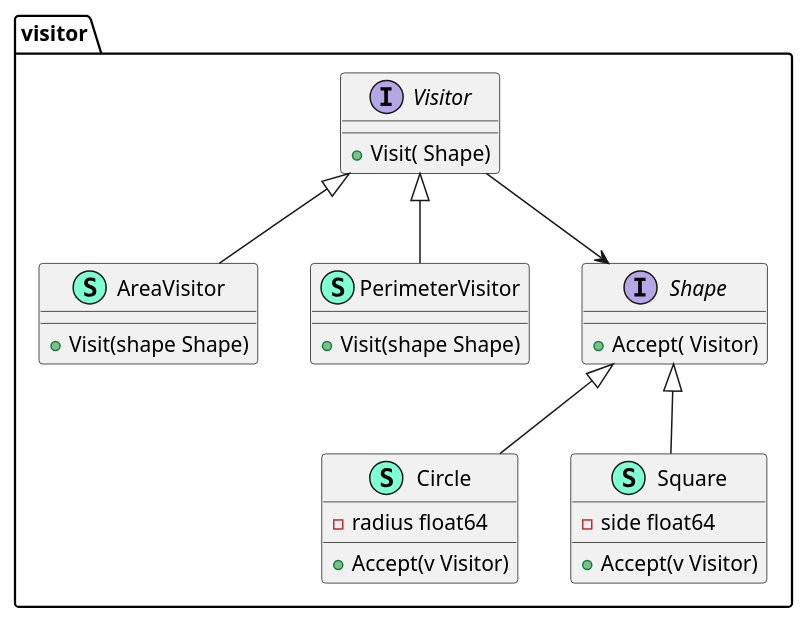
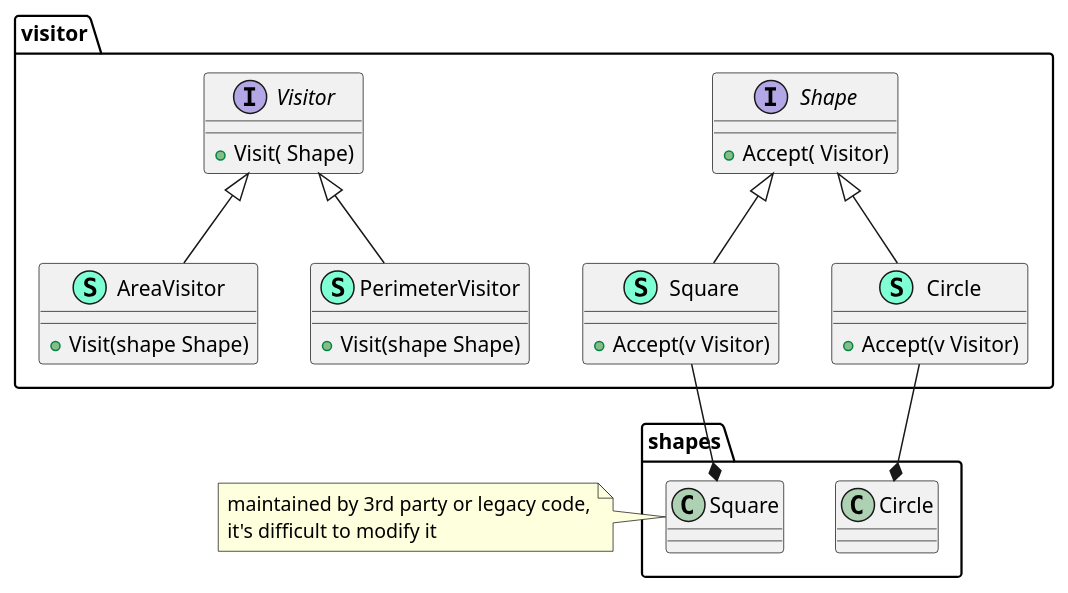
One commit to hitzhangjie/go-patterns changed the diagram in behavioral/10_visitor/file.puml. Above: the diagram before and after it, drawn with PlantUML. The commit also changed 5 other files, not shown here.

```diff
--- a/behavioral/10_visitor/file.puml
+++ b/behavioral/10_visitor/file.puml
@@ -1,39 +1,40 @@
 @startuml
 namespace visitor {
     class AreaVisitor << (S,Aquamarine) >> {
         + Visit(shape Shape) 
 
     }
     class Circle << (S,Aquamarine) >> {
-        - radius float64
-
         + Accept(v Visitor) 
 
     }
     class PerimeterVisitor << (S,Aquamarine) >> {
         + Visit(shape Shape) 
 
     }
     interface Shape  {
         + Accept( Visitor) 
 
     }
     class Square << (S,Aquamarine) >> {
-        - side float64
-
         + Accept(v Visitor) 
 
     }
     interface Visitor  {
         + Visit( Shape) 
 
     }
 }
 
+"shapes.Circle" *-up- "visitor.Circle"
+"shapes.Square" *-up- "visitor.Square"
+
+note left of "shapes.Square": maintained by 3rd party or legacy code,\nit's difficult to modify it
+
+
 "visitor.Visitor" <|-- "visitor.AreaVisitor"
 "visitor.Shape" <|-- "visitor.Circle"
 "visitor.Visitor" <|-- "visitor.PerimeterVisitor"
 "visitor.Shape" <|-- "visitor.Square"
-"visitor.Visitor" --> "visitor.Shape"
 
 @enduml
```
